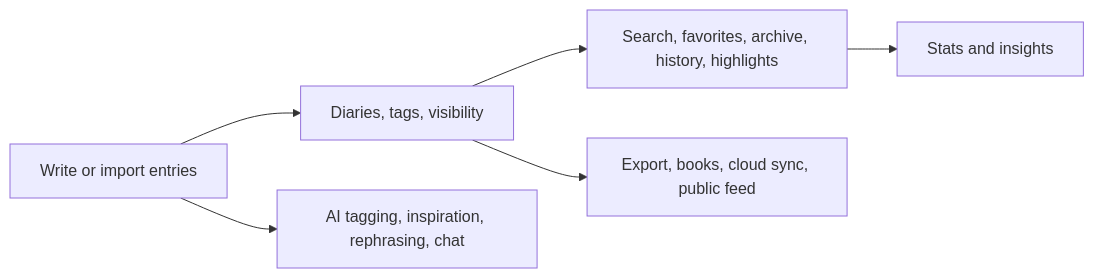
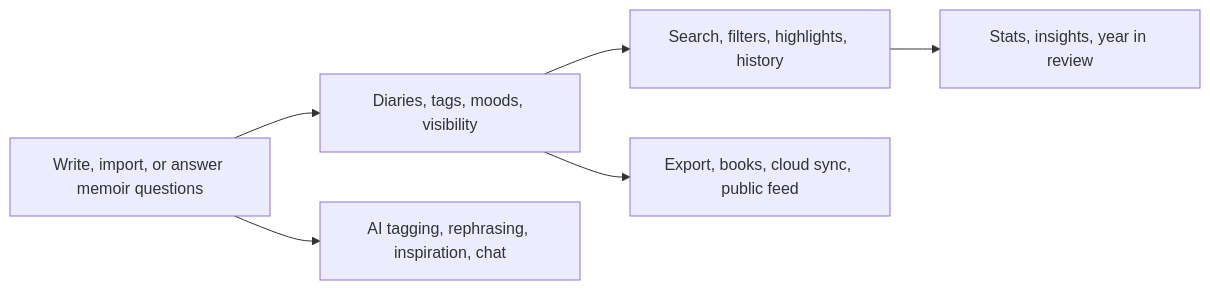
The diagram in docs/features.md (chefzaid/thoughty), drawn with Mermaid before and after one commit. The commit also changed other lines of this file and 12 other files, not shown here.

````diff
--- a/docs/features.md
+++ b/docs/features.md
@@ -5,8 +5,8 @@
 ```mermaid
 flowchart LR
-	Capture[Write or import entries] --> Organize[Diaries, tags, visibility]
-	Organize --> Revisit[Search, favorites, archive, history, highlights]
-	Revisit --> Understand[Stats and insights]
+	Capture[Write, import, or answer memoir questions] --> Organize[Diaries, tags, moods, visibility]
+	Organize --> Revisit[Search, filters, highlights, history]
+	Revisit --> Understand[Stats, insights, year in review]
 	Organize --> Share[Export, books, cloud sync, public feed]
-	Capture --> Assist[AI tagging, inspiration, rephrasing, chat]
+	Capture --> Assist[AI tagging, rephrasing, inspiration, chat]
 ```
````
